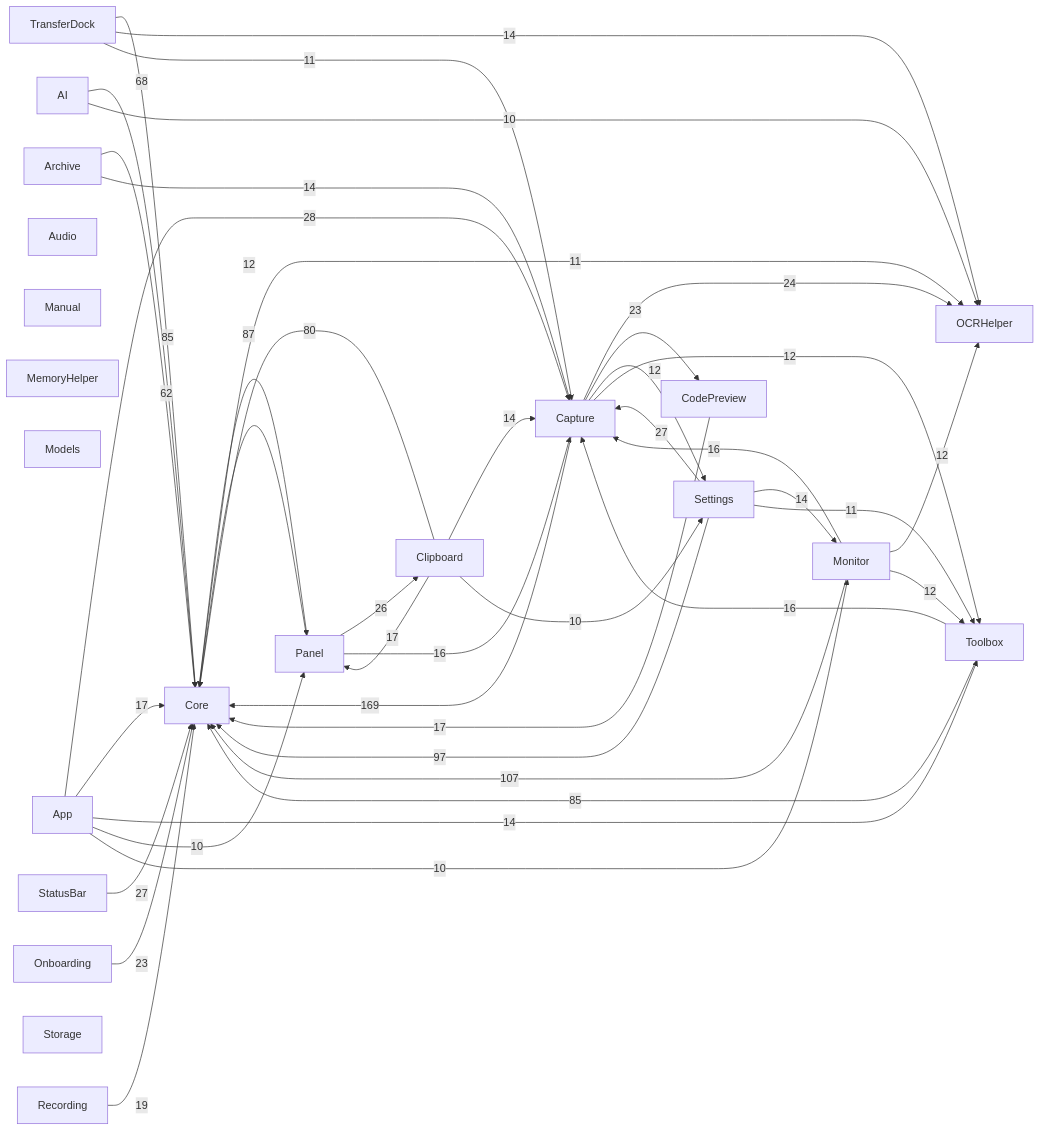
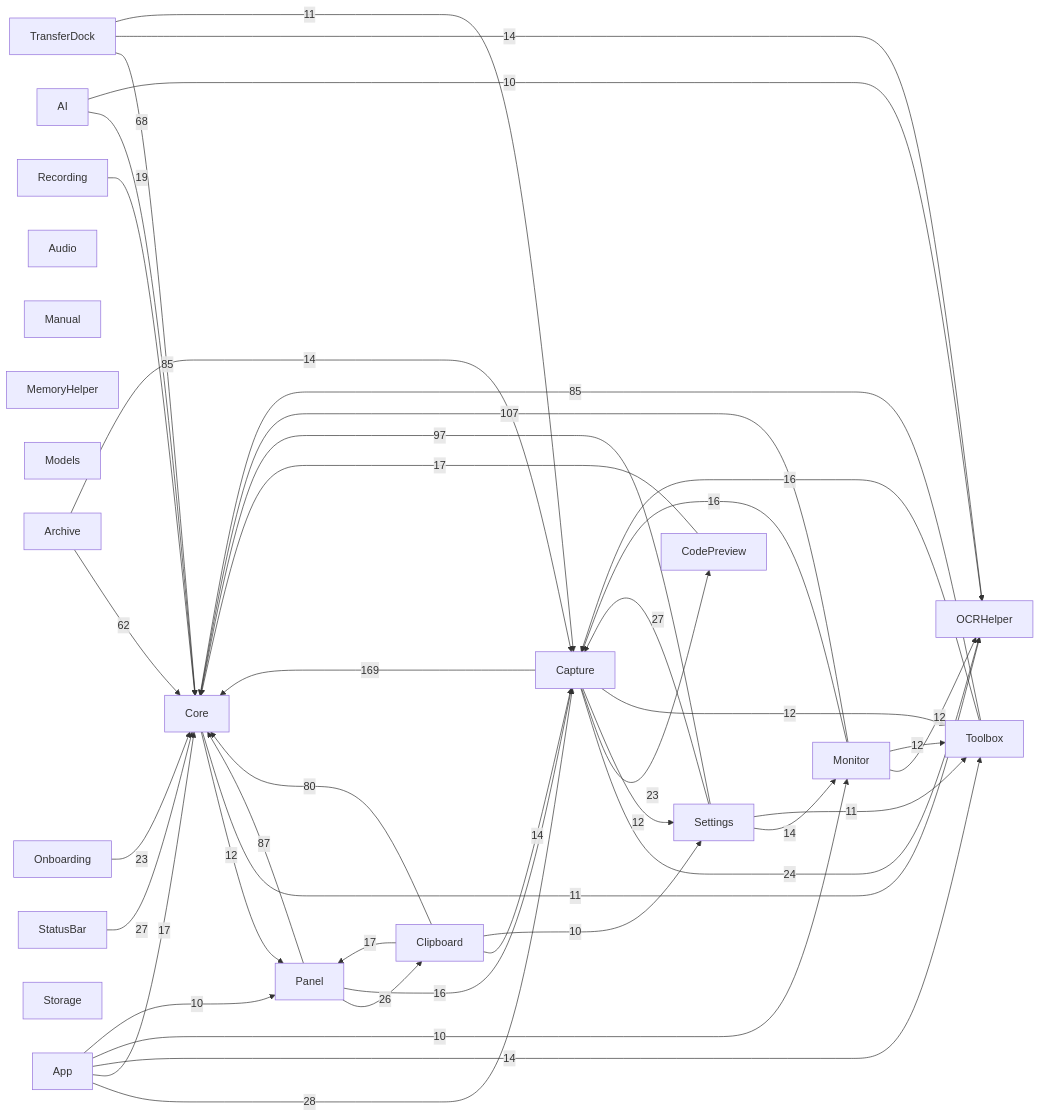
The diagram in docs/00-总览/模块依赖图.md (sxyq/Kitnest), drawn with Mermaid before and after one commit. The commit also changed other lines of this file and 5 other files, not shown here.

First line of the commit message:
fix(capture): 浮层对齐触发图标，近期复制共用上方提示

````diff
--- a/docs/00-总览/模块依赖图.md
+++ b/docs/00-总览/模块依赖图.md
@@ -35,64 +35,64 @@
 ```mermaid
 flowchart LR
   M0["AI"]
   M1["App"]
   M2["Archive"]
   M3["Audio"]
   M4["Capture"]
   M5["Clipboard"]
   M6["CodePreview"]
   M7["Core"]
   M8["Manual"]
   M9["MemoryHelper"]
   M10["Models"]
   M11["Monitor"]
   M12["OCRHelper"]
   M13["Onboarding"]
   M14["Panel"]
   M15["Recording"]
   M16["Settings"]
   M17["StatusBar"]
   M18["Storage"]
   M19["Toolbox"]
   M20["TransferDock"]
   M4 -->|169| M7
   M11 -->|107| M7
   M16 -->|97| M7
   M14 -->|87| M7
   M19 -->|85| M7
   M20 -->|85| M7
   M5 -->|80| M7
   M0 -->|68| M7
   M2 -->|62| M7
   M1 -->|28| M4
   M16 -->|27| M4
   M17 -->|27| M7
   M14 -->|26| M5
   M4 -->|24| M12
   M4 -->|23| M6
   M13 -->|23| M7
   M15 -->|19| M7
   M1 -->|17| M7
   M6 -->|17| M7
   M5 -->|17| M14
   M11 -->|16| M4
   M14 -->|16| M4
   M19 -->|16| M4
   M1 -->|14| M19
   M16 -->|14| M11
   M2 -->|14| M4
   M20 -->|14| M12
   M5 -->|14| M4
   M7 -->|12| M14
   M4 -->|12| M16
   M4 -->|12| M19
   M11 -->|12| M12
   M11 -->|12| M19
   M7 -->|11| M12
   M16 -->|11| M19
   M20 -->|11| M4
+  M1 -->|10| M11
   M1 -->|10| M14
-  M1 -->|10| M11
   M0 -->|10| M12
   M5 -->|10| M16
 ```
````
